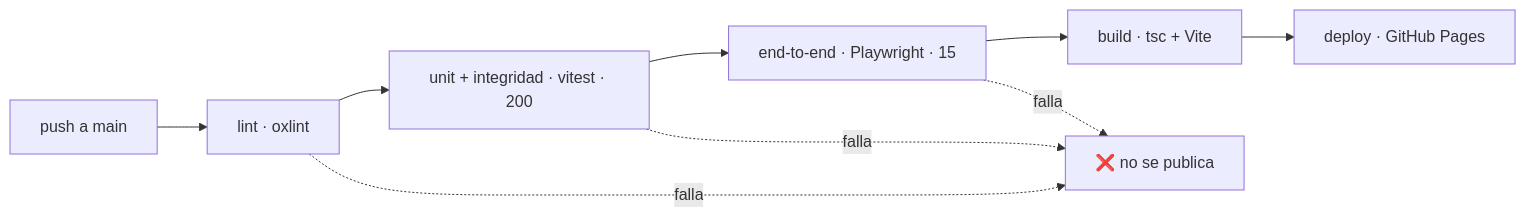
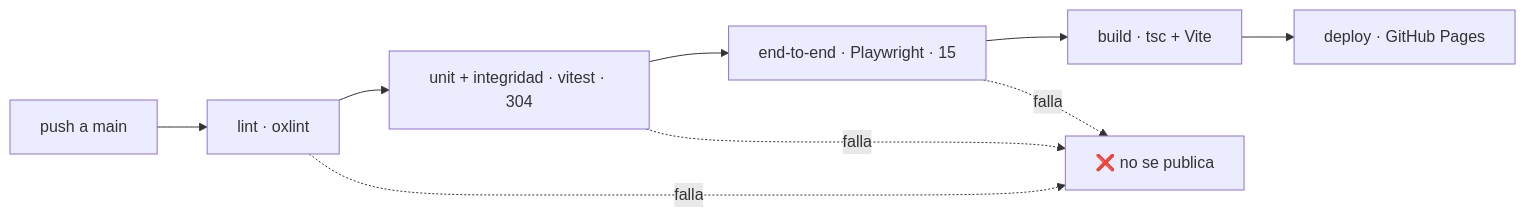
The diagram in docs/06-calidad.md (luzzaragoza/cuanto-me-falta), drawn with Mermaid before and after one commit. The commit also changed other lines of this file and 12 other files, not shown here.

````diff
--- a/docs/06-calidad.md
+++ b/docs/06-calidad.md
@@ -72,12 +74,12 @@
 ```mermaid
 %% svg:pipeline
 flowchart LR
     P["push a main"] --> L["lint · oxlint"]
-    L --> U["unit + integridad · vitest · 200"]
+    L --> U["unit + integridad · vitest · 304"]
     U --> E["end-to-end · Playwright · 15"]
     E --> B["build · tsc + Vite"]
     B --> D["deploy · GitHub Pages"]
     L -. falla .-> X["❌ no se publica"]
     U -. falla .-> X
     E -. falla .-> X
 ```
````
